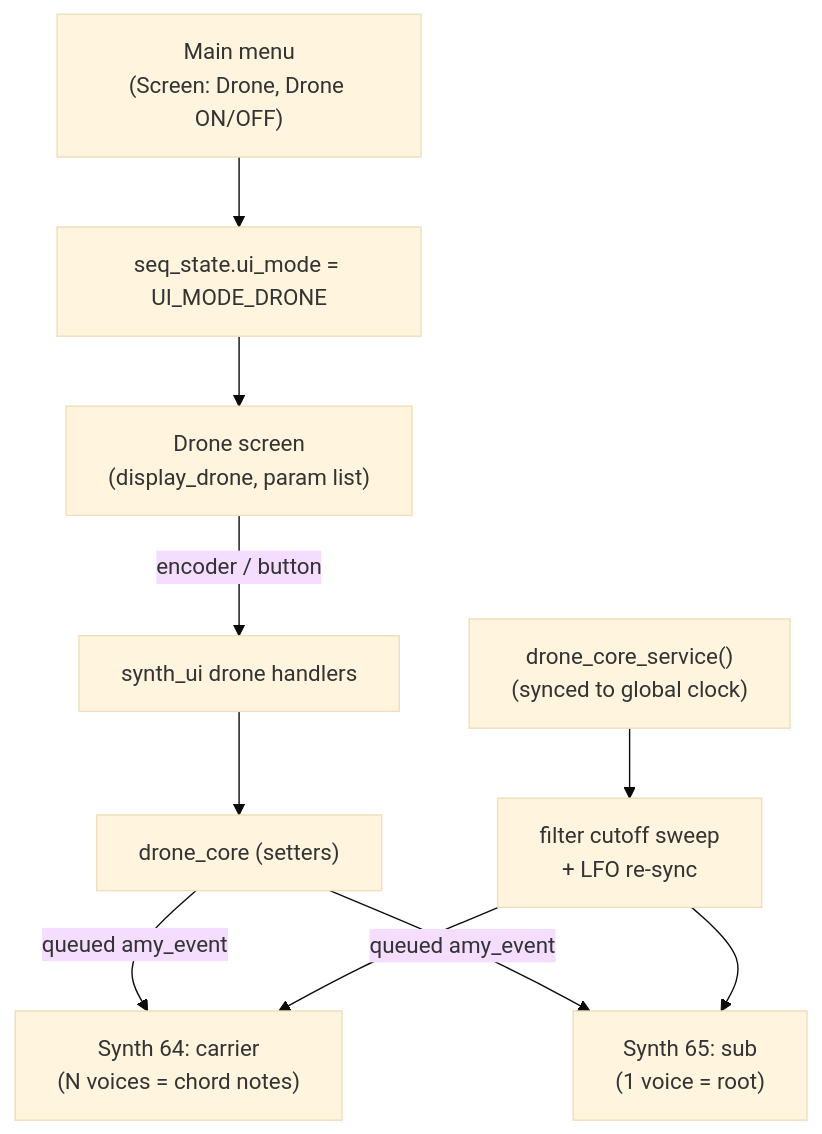
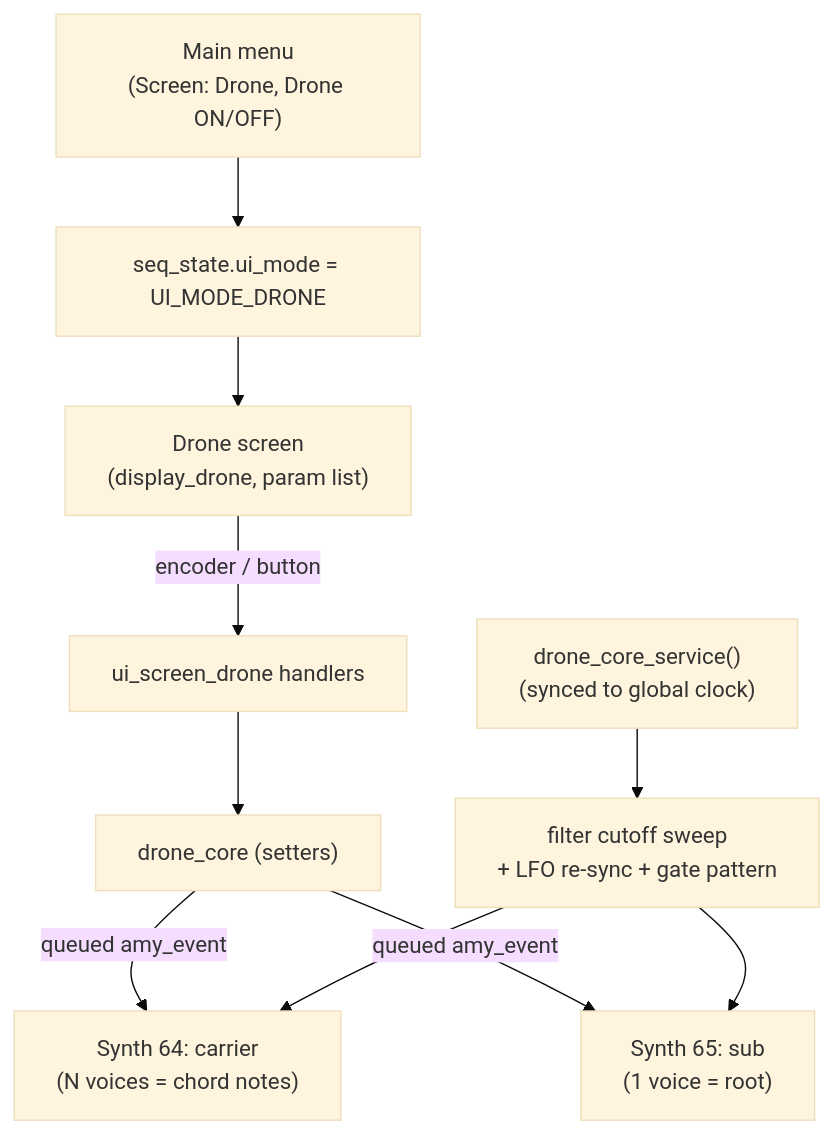
Before and after one commit to cxandy/S3-Amysynth: the first of 2 diagrams in components/synth_core/custompatches/DRONE.md, drawn with Mermaid (base theme). The commit also changed other lines of this file and 7 other files, not shown here.

````diff
--- a/components/synth_core/custompatches/DRONE.md
+++ b/components/synth_core/custompatches/DRONE.md
@@ -31,12 +33,12 @@
 ```mermaid
 flowchart TD
   MENU["Main menu\n(Screen: Drone, Drone ON/OFF)"] --> MODE["seq_state.ui_mode = UI_MODE_DRONE"]
   MODE --> SCREEN["Drone screen\n(display_drone, param list)"]
-  SCREEN -->|encoder / button| GLUE["synth_ui drone handlers"]
+  SCREEN -->|encoder / button| GLUE["ui_screen_drone handlers"]
   GLUE --> CORE["drone_core (setters)"]
   CORE -->|queued amy_event| MAIN["Synth 64: carrier\n(N voices = chord notes)"]
   CORE -->|queued amy_event| SUB["Synth 65: sub\n(1 voice = root)"]
-  SERVICE["drone_core_service()\n(synced to global clock)"] --> SWEEP["filter cutoff sweep\n+ LFO re-sync"]
+  SERVICE["drone_core_service()\n(synced to global clock)"] --> SWEEP["filter cutoff sweep\n+ LFO re-sync + gate pattern"]
   SWEEP --> MAIN
   SWEEP --> SUB
 ```
````
